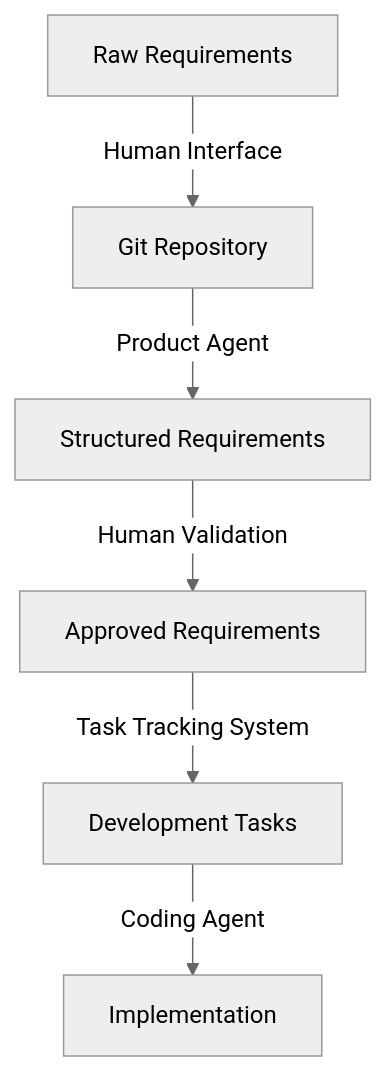
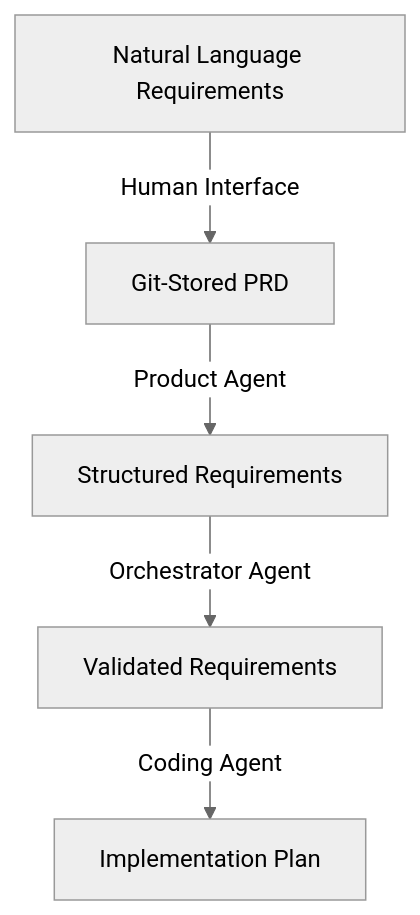
Before and after one commit to kgatilin/aihive: the first of 4 diagrams in docs/arch/data_flow_architecture.md, drawn with Mermaid (neutral theme). The commit also changed other lines of this file and 3 other files, not shown here.

Commit message:
Reintegrate Orchestrator Agent into the architecture documentation

````diff
--- a/docs/arch/data_flow_architecture.md
+++ b/docs/arch/data_flow_architecture.md
@@ -23,8 +29,7 @@
 ```mermaid
 graph TD
-    A[Raw Requirements] -->|Human Interface| B[Git Repository]
+    A[Natural Language Requirements] -->|Human Interface| B[Git-Stored PRD]
     B -->|Product Agent| C[Structured Requirements]
-    C -->|Human Validation| D[Approved Requirements]
-    D -->|Task Tracking System| E[Development Tasks]
-    E -->|Coding Agent| F[Implementation]
+    C -->|Orchestrator Agent| D[Validated Requirements]
+    D -->|Coding Agent| E[Implementation Plan]
 ```
````
